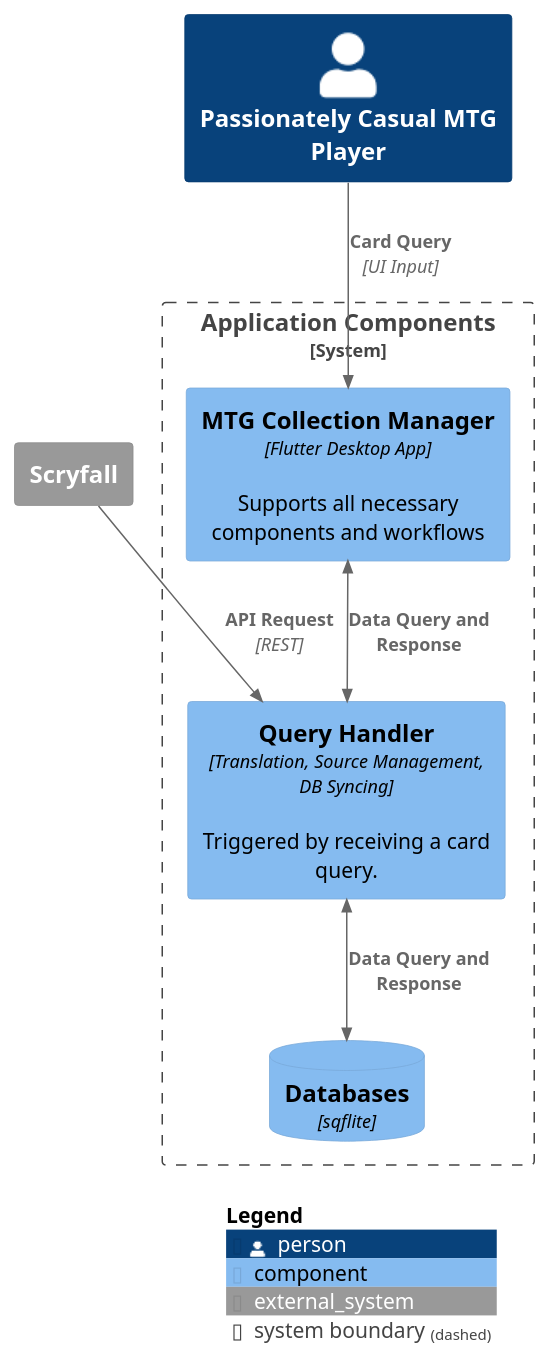
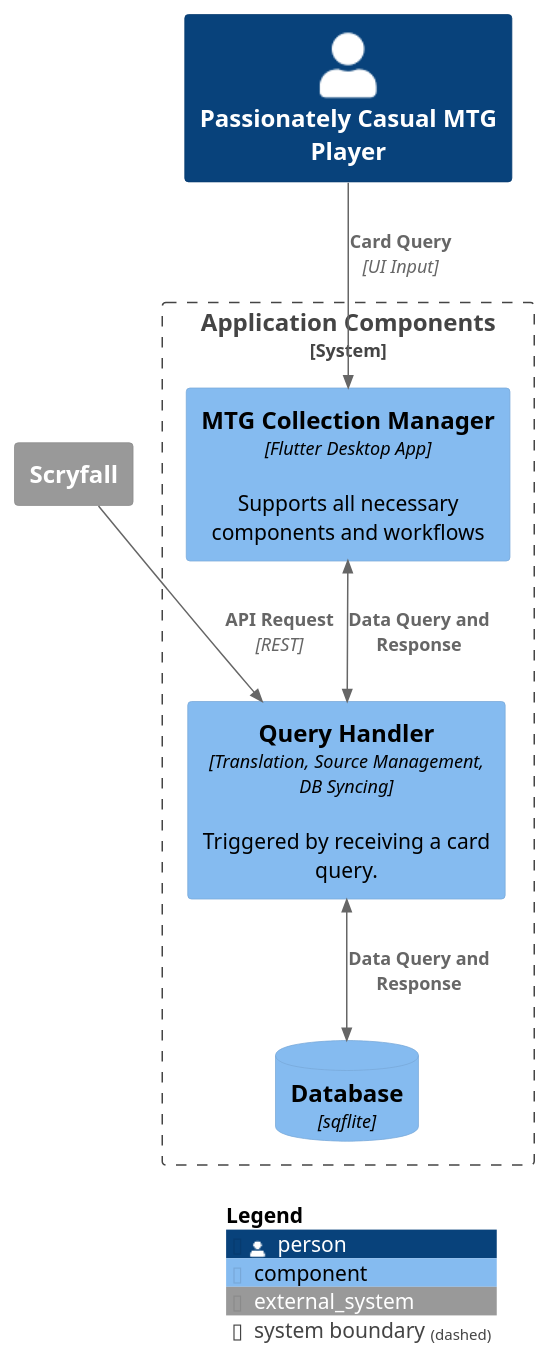
One commit to jtcsProjHub/mtgUtils changed the diagram in flutterApp/mtg_collection_manager/diagrams/Collection_Manager_Context.md. Above: the diagram before and after it, drawn with PlantUML. The commit also changed 2 other files, not shown here.

Commit message:
Switching to my laptop for a bit...

````diff
--- a/flutterApp/mtg_collection_manager/diagrams/Collection_Manager_Context.md
+++ b/flutterApp/mtg_collection_manager/diagrams/Collection_Manager_Context.md
@@ -11,31 +11,31 @@
 ```plantuml
 @startuml
 !include https://raw.githubusercontent.com/plantuml-stdlib/C4-PlantUML/master/C4_Component.puml
 
 Person(user, "Passionately Casual MTG Player")
 
 System_Boundary(context, "Application Components") {   
     Component(controller, "MTG Collection Manager", "Flutter Desktop App", "Supports all necessary components and workflows") {
     }  
     
     Component(handler, "Query Handler", "Translation, Source Management, DB Syncing", "Triggered by receiving a card query.") {
     } 
             
-    ComponentDb(db, "Databases", "sqflite")
+    ComponentDb(db, "Database", "sqflite")
 }
 
 System_Ext(scryfall, "Scryfall"){
 }
 
 AddRelTag("eventing", $lineStyle = DashedLine())
 
 BiRel(controller, handler, "Data Query and Response")
 BiRel(handler, db, "Data Query and Response")
 
 Rel(user, controller, "Card Query", "UI Input")
 Rel(scryfall, handler, "API Request", "REST")
 
 SHOW_LEGEND()
 
 @enduml
 ```
````
